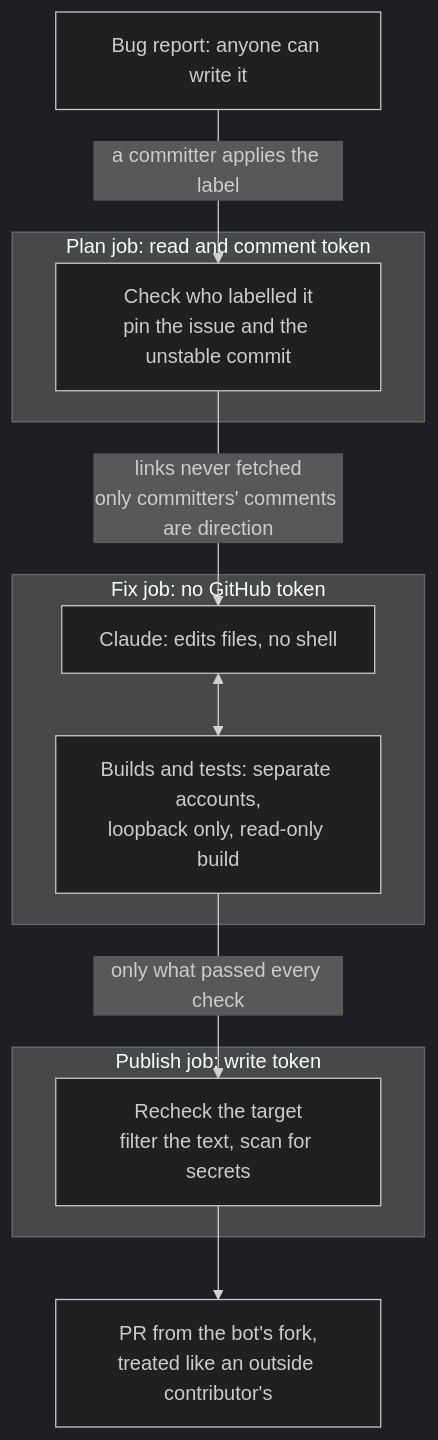
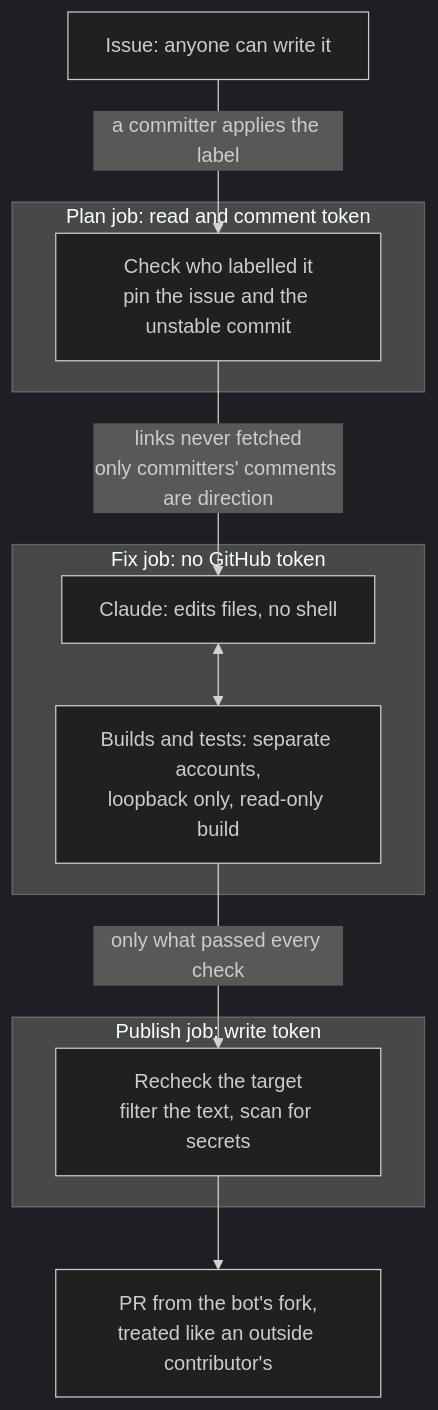
Before and after one commit to sarthakaggarwal97/valkey-ci-agent: the third of 5 diagrams in docs/design/software-factory.md, drawn with Mermaid (dark theme). The commit also changed other lines of this file, not shown here.

````diff
--- a/docs/design/software-factory.md
+++ b/docs/design/software-factory.md
@@ -128,20 +145,20 @@
 ```mermaid
 flowchart TD
-    I["Bug report: anyone can write it"]
+    I["Issue: anyone can write it"]
     subgraph Plan["Plan job: read and comment token"]
         P["Check who labelled it<br/>pin the issue and the unstable commit"]
     end
     subgraph Fix["Fix job: no GitHub token"]
         C["Claude: edits files, no shell"]
         T["Builds and tests: separate accounts,<br/>loopback only, read-only build"]
     end
     subgraph Publish["Publish job: write token"]
         U["Recheck the target<br/>filter the text, scan for secrets"]
     end
     O["PR from the bot's fork,<br/>treated like an outside contributor's"]
     I -->|"a committer applies the label"| P
     P -->|"links never fetched<br/>only committers' comments are direction"| C
     C <--> T
     T -->|"only what passed every check"| U
     U --> O
 ```
````
